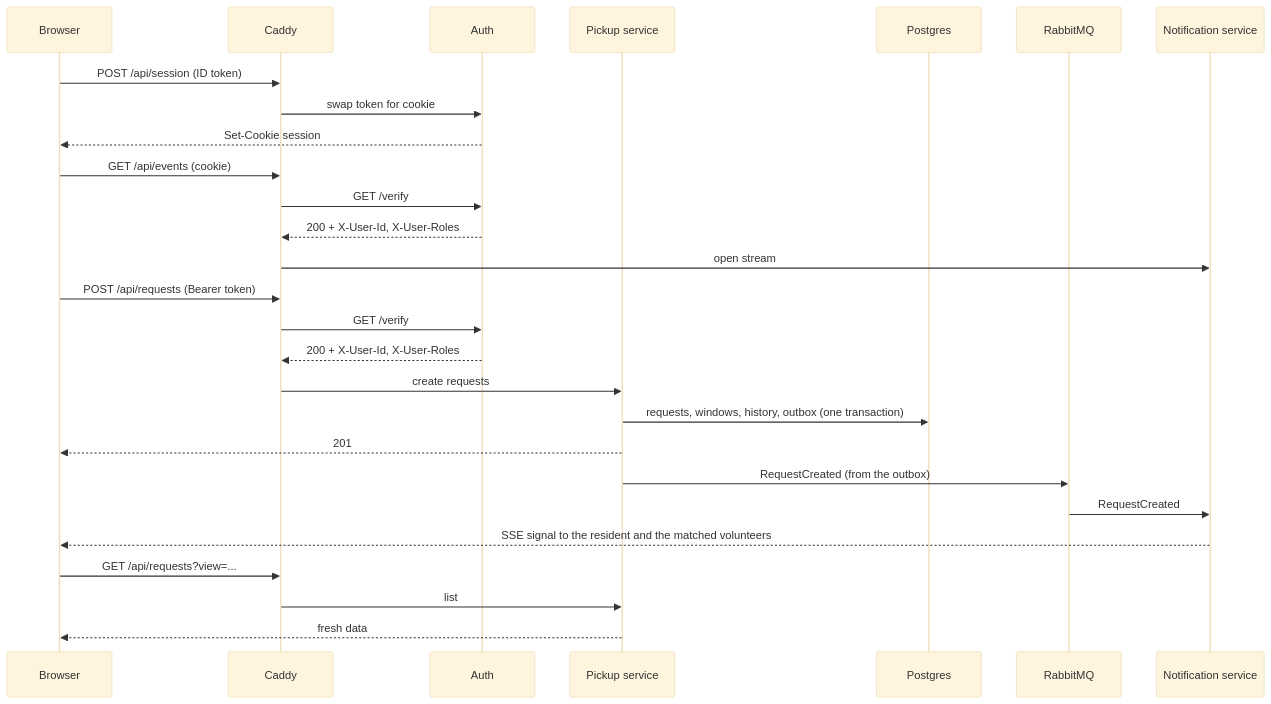
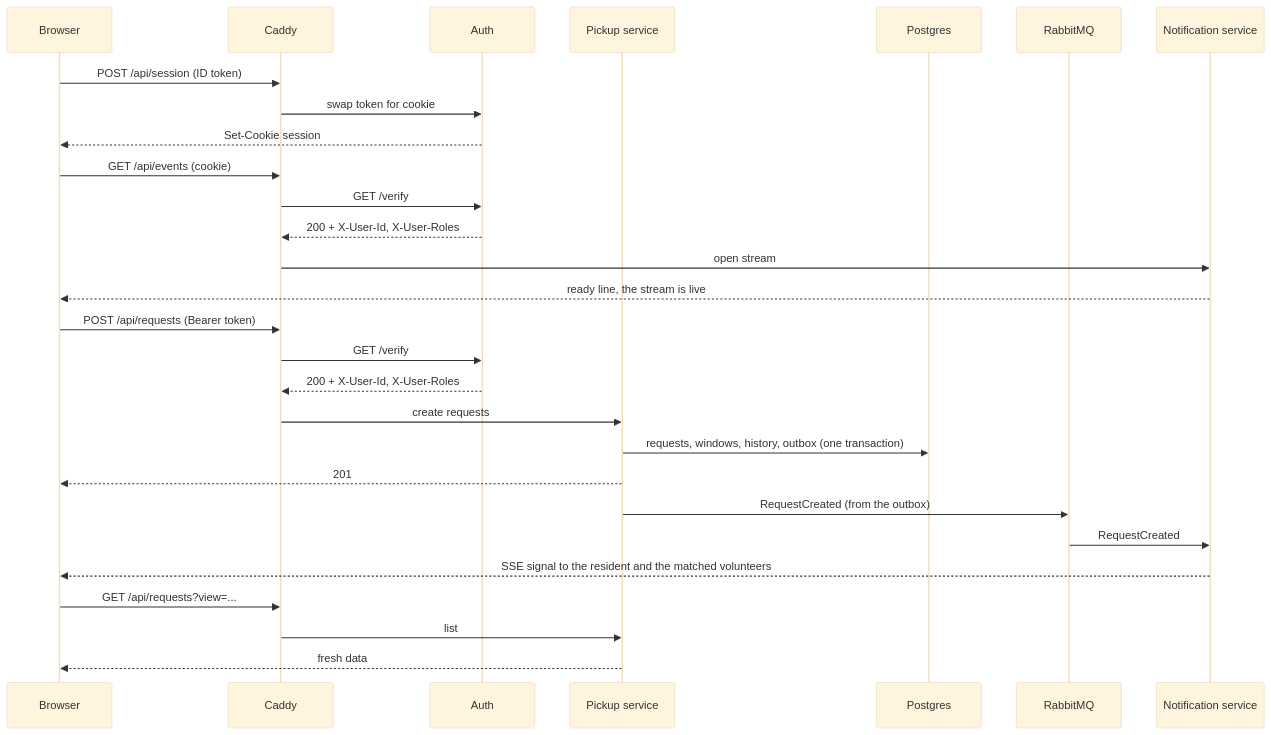
One commit to dannydufau/ecocollect changed the diagram in contracts/README.md. Above: the diagram before and after it, drawn with Mermaid (base theme). The commit also changed other lines of this file and 4 other files, not shown here.

Commit message:
Say that the SSE stream starts with a ready line

````diff
--- a/contracts/README.md
+++ b/contracts/README.md
@@ -27,31 +27,32 @@
 ```mermaid
 sequenceDiagram
     participant B as Browser
     participant C as Caddy
     participant A as Auth
     participant P as Pickup service
     participant DB as Postgres
     participant MQ as RabbitMQ
     participant N as Notification service
 
     B->>C: POST /api/session (ID token)
     C->>A: swap token for cookie
     A-->>B: Set-Cookie session
     B->>C: GET /api/events (cookie)
     C->>A: GET /verify
     A-->>C: 200 + X-User-Id, X-User-Roles
     C->>N: open stream
+    N-->>B: ready line, the stream is live
 
     B->>C: POST /api/requests (Bearer token)
     C->>A: GET /verify
     A-->>C: 200 + X-User-Id, X-User-Roles
     C->>P: create requests
     P->>DB: requests, windows, history, outbox (one transaction)
     P-->>B: 201
     P->>MQ: RequestCreated (from the outbox)
     MQ->>N: RequestCreated
     N-->>B: SSE signal to the resident and the matched volunteers
     B->>C: GET /api/requests?view=...
     C->>P: list
     P-->>B: fresh data
 ```
````
